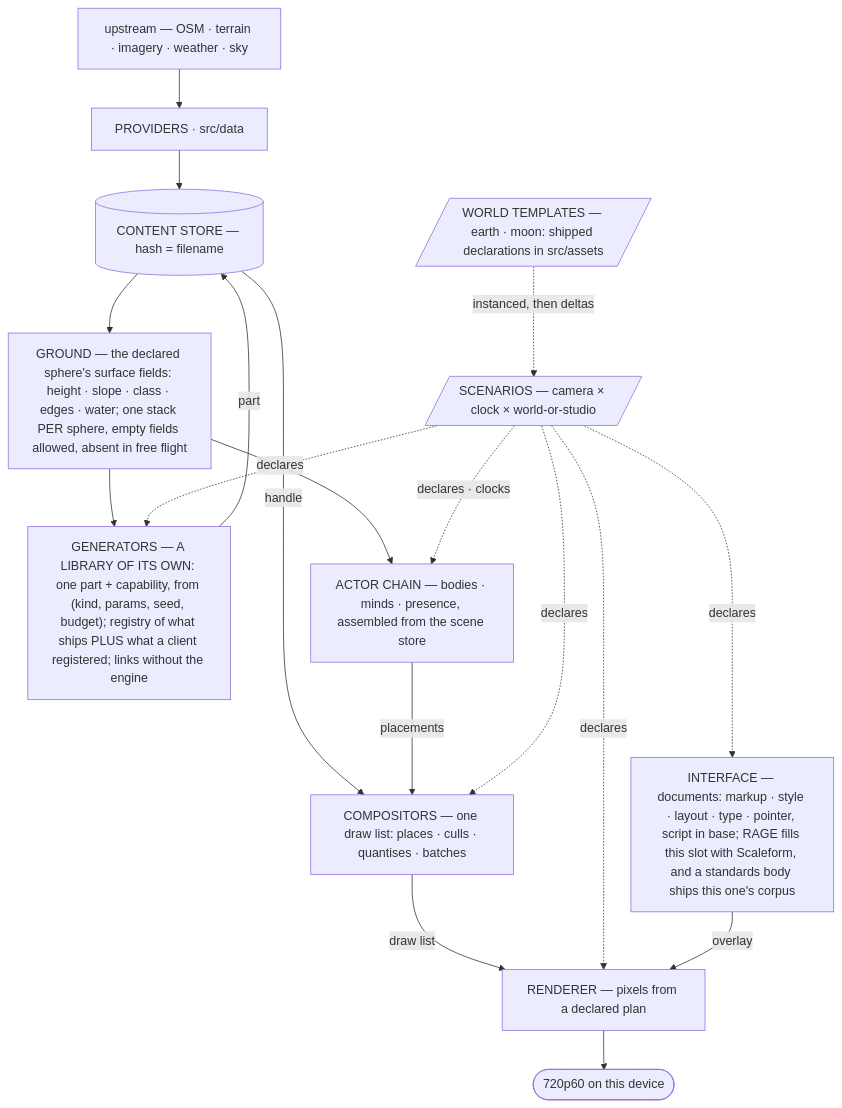
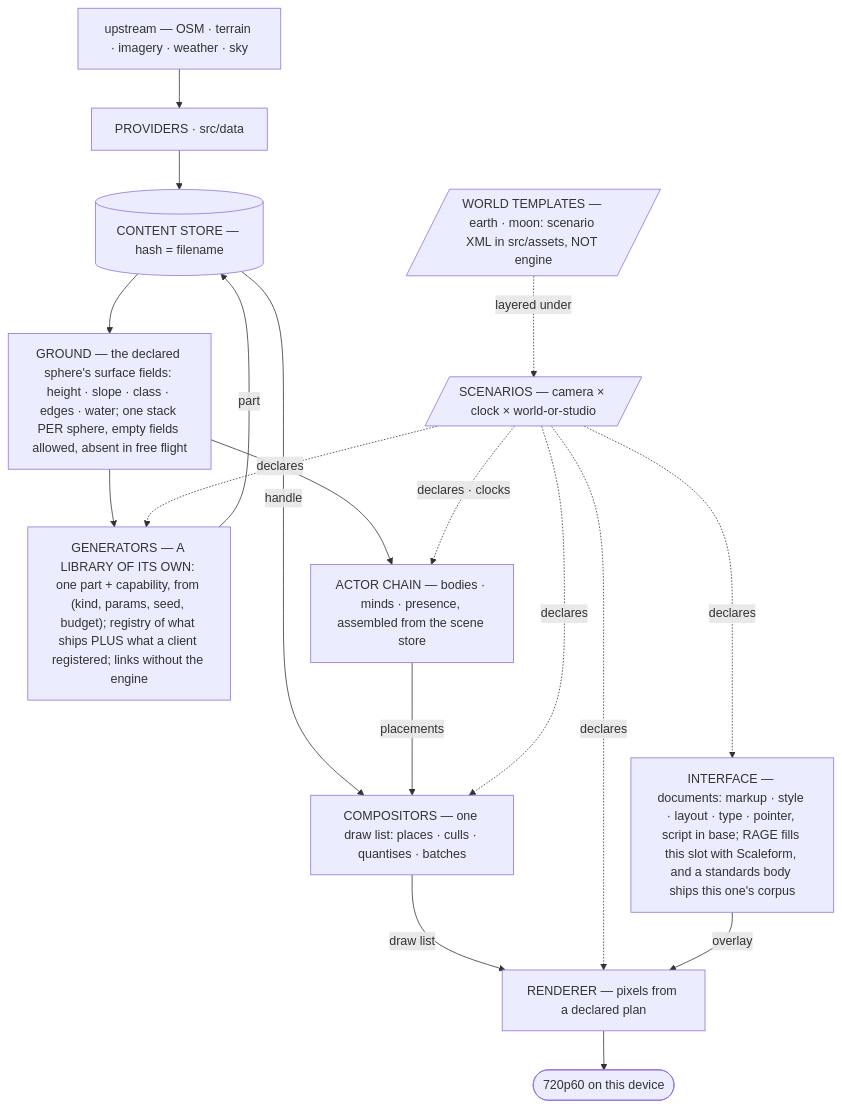
One commit to Weichwolf/outshine changed the first of 8 diagrams in CLAUDE.md. Above: the diagram before and after it, drawn with Mermaid. The commit also changed other lines of this file and 13 other files, not shown here.

````diff
--- a/CLAUDE.md
+++ b/CLAUDE.md
@@ -147,23 +161,23 @@
 ```mermaid
 flowchart TD
   upstream["upstream — OSM · terrain · imagery · weather · sky"]
   providers["PROVIDERS · src/data"]
   store[("CONTENT STORE — hash = filename")]
   field["GROUND — the declared sphere's surface fields: height · slope · class · edges · water; one stack PER sphere, empty fields allowed, absent in free flight"]
   gen["GENERATORS — A LIBRARY OF ITS OWN: one part + capability, from (kind, params, seed, budget); registry of what ships PLUS what a client registered; links without the engine"]
   comp["COMPOSITORS — one draw list: places · culls · quantises · batches"]
   rend["RENDERER — pixels from a declared plan"]
   frame(["720p60 on this device"])
   scen[/"SCENARIOS — camera × clock × world-or-studio"/]
   ui["INTERFACE — documents: markup · style · layout · type · pointer, script in base; RAGE fills this slot with Scaleform, and a standards body ships this one's corpus"]
 
   actors["ACTOR CHAIN — bodies · minds · presence, assembled from the scene store"]
 
   upstream --> providers --> store --> field --> gen
   gen -->|part| store -->|handle| comp -->|draw list| rend --> frame
   field --> actors -->|placements| comp
   scen -.->|declares| gen & comp & rend & ui
   ui -->|overlay| rend
   scen -.->|declares · clocks| actors
-  tmpl[/"WORLD TEMPLATES — earth · moon: shipped declarations in src/assets"/] -.->|instanced, then deltas| scen
+  tmpl[/"WORLD TEMPLATES — earth · moon: scenario XML in src/assets, NOT engine"/] -.->|layered under| scen
 ```
````
